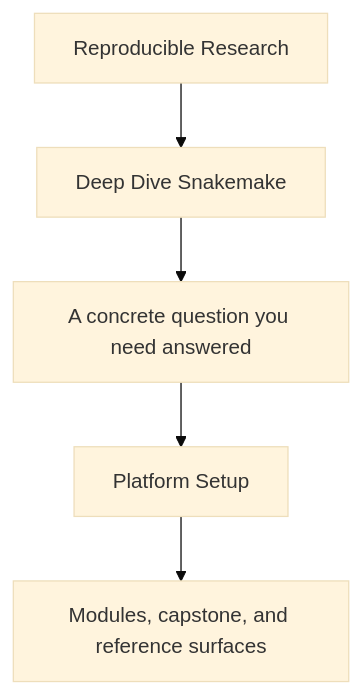
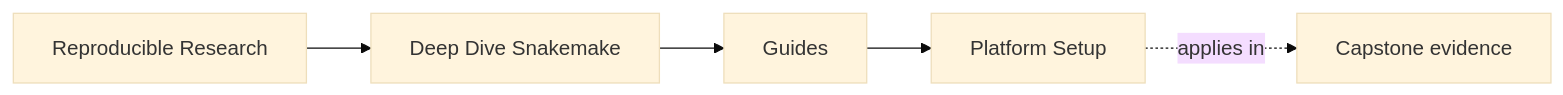
Before and after one commit to bijux/bijux-masterclass: the first of 2 diagrams in programs/reproducible-research/deep-dive-snakemake/course-book/guides/platform-setup.md, drawn with Mermaid (base theme). The commit also changed other lines of this file and 149 other files, not shown here.

Commit message:
docs(deep-dive-snakemake): map workflow proof and operations surfaces

````diff
--- a/programs/reproducible-research/deep-dive-snakemake/course-book/guides/platform-setup.md
+++ b/programs/reproducible-research/deep-dive-snakemake/course-book/guides/platform-setup.md
@@ -7,7 +7,11 @@
 ```mermaid
-flowchart TD
-  family["Reproducible Research"] --> program["Deep Dive Snakemake"]
-  program --> pressure["A concrete question you need answered"]
-  pressure --> guide["Platform Setup"]
-  guide --> next["Modules, capstone, and reference surfaces"]
+graph LR
+  family["Reproducible Research"]
+  program["Deep Dive Snakemake"]
+  section["Guides"]
+  page["Platform Setup"]
+  capstone["Capstone evidence"]
+
+  family --> program --> section --> page
+  page -.applies in.-> capstone
 ```
````
